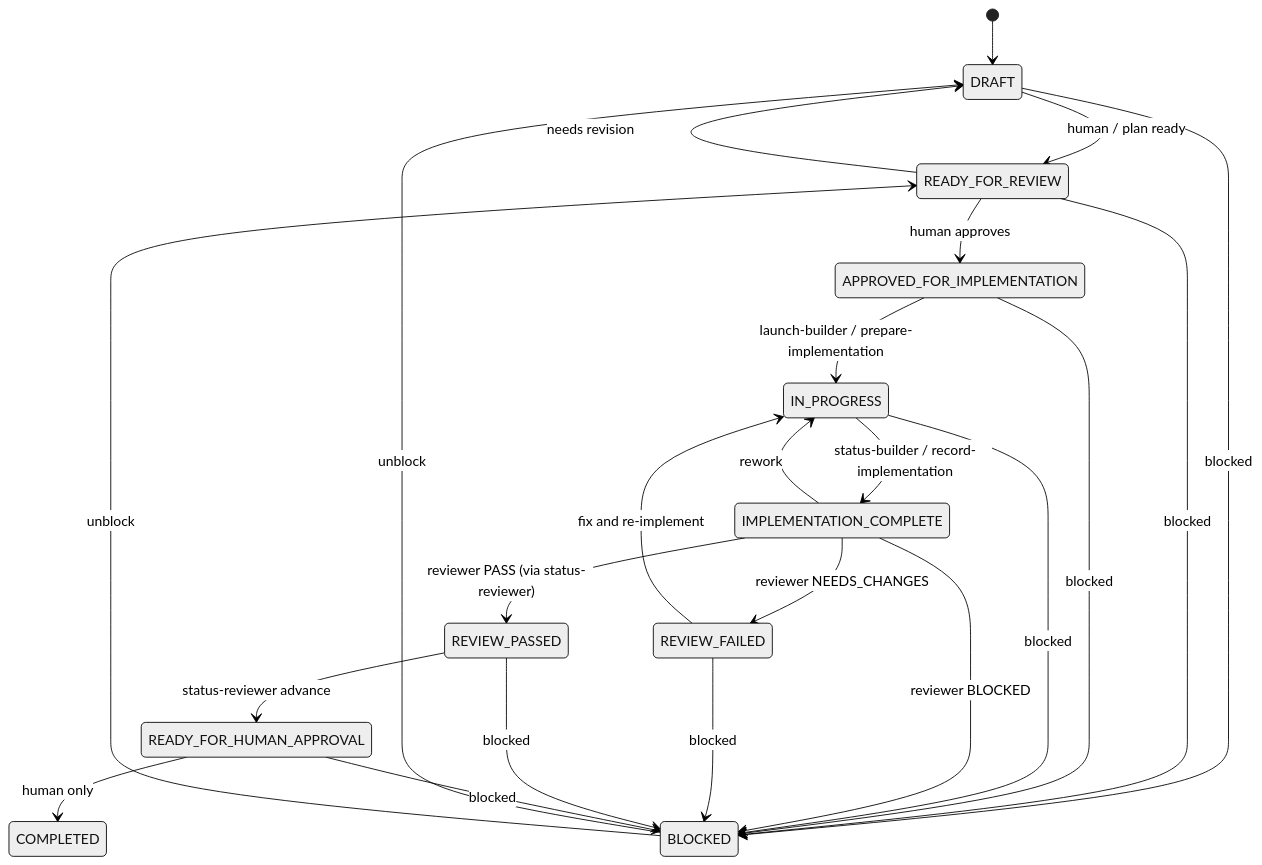
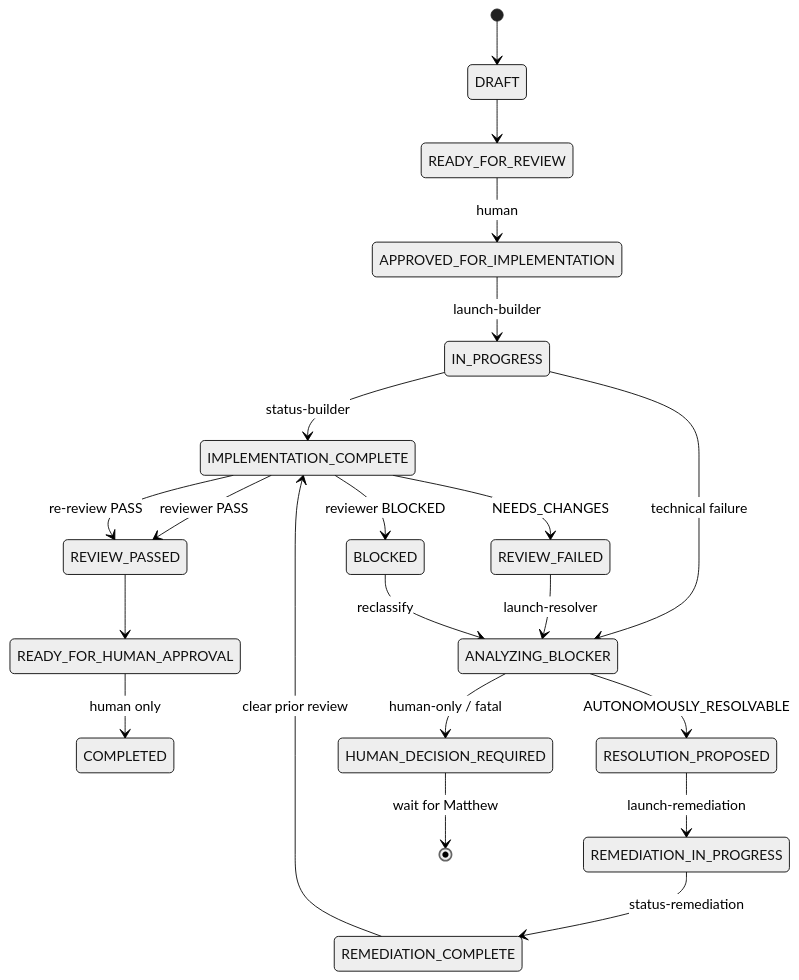
The diagram in docs/agent/STATE_MACHINE.md (mjwiseman07/finsight-reports-app), drawn with Mermaid (neutral theme) before and after one commit. The commit also changed other lines of this file and 27 other files, not shown here.

Commit message:
feat(orchestrator): add autonomous blocker resolution and remediation loop

````diff
--- a/docs/agent/STATE_MACHINE.md
+++ b/docs/agent/STATE_MACHINE.md
@@ -3,25 +3,23 @@
 ```mermaid
 stateDiagram-v2
   [*] --> DRAFT
-  DRAFT --> READY_FOR_REVIEW: human / plan ready
-  DRAFT --> BLOCKED: blocked
-  READY_FOR_REVIEW --> APPROVED_FOR_IMPLEMENTATION: human approves
-  READY_FOR_REVIEW --> DRAFT: needs revision
-  READY_FOR_REVIEW --> BLOCKED: blocked
-  APPROVED_FOR_IMPLEMENTATION --> IN_PROGRESS: launch-builder / prepare-implementation
-  APPROVED_FOR_IMPLEMENTATION --> BLOCKED: blocked
-  IN_PROGRESS --> IMPLEMENTATION_COMPLETE: status-builder / record-implementation
-  IN_PROGRESS --> BLOCKED: blocked
-  IMPLEMENTATION_COMPLETE --> REVIEW_PASSED: reviewer PASS (via status-reviewer)
-  IMPLEMENTATION_COMPLETE --> REVIEW_FAILED: reviewer NEEDS_CHANGES
+  DRAFT --> READY_FOR_REVIEW
+  READY_FOR_REVIEW --> APPROVED_FOR_IMPLEMENTATION: human
+  APPROVED_FOR_IMPLEMENTATION --> IN_PROGRESS: launch-builder
+  IN_PROGRESS --> IMPLEMENTATION_COMPLETE: status-builder
+  IN_PROGRESS --> ANALYZING_BLOCKER: technical failure
+  IMPLEMENTATION_COMPLETE --> REVIEW_PASSED: reviewer PASS
+  IMPLEMENTATION_COMPLETE --> REVIEW_FAILED: NEEDS_CHANGES
   IMPLEMENTATION_COMPLETE --> BLOCKED: reviewer BLOCKED
-  IMPLEMENTATION_COMPLETE --> IN_PROGRESS: rework
-  REVIEW_FAILED --> IN_PROGRESS: fix and re-implement
-  REVIEW_FAILED --> BLOCKED: blocked
-  REVIEW_PASSED --> READY_FOR_HUMAN_APPROVAL: status-reviewer advance
-  REVIEW_PASSED --> BLOCKED: blocked
+  REVIEW_PASSED --> READY_FOR_HUMAN_APPROVAL
   READY_FOR_HUMAN_APPROVAL --> COMPLETED: human only
-  READY_FOR_HUMAN_APPROVAL --> BLOCKED: blocked
-  BLOCKED --> DRAFT: unblock
-  BLOCKED --> READY_FOR_REVIEW: unblock
+  REVIEW_FAILED --> ANALYZING_BLOCKER: launch-resolver
+  BLOCKED --> ANALYZING_BLOCKER: reclassify
+  ANALYZING_BLOCKER --> RESOLUTION_PROPOSED: AUTONOMOUSLY_RESOLVABLE
+  ANALYZING_BLOCKER --> HUMAN_DECISION_REQUIRED: human-only / fatal
+  RESOLUTION_PROPOSED --> REMEDIATION_IN_PROGRESS: launch-remediation
+  REMEDIATION_IN_PROGRESS --> REMEDIATION_COMPLETE: status-remediation
+  REMEDIATION_COMPLETE --> IMPLEMENTATION_COMPLETE: clear prior review
+  IMPLEMENTATION_COMPLETE --> REVIEW_PASSED: re-review PASS
+  HUMAN_DECISION_REQUIRED --> [*]: wait for Matthew
 ```
````
